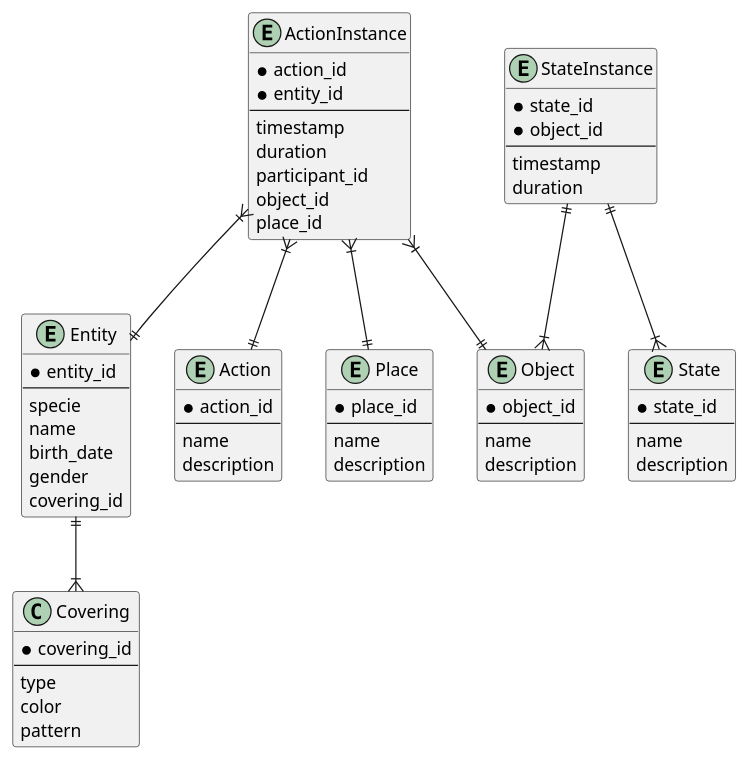
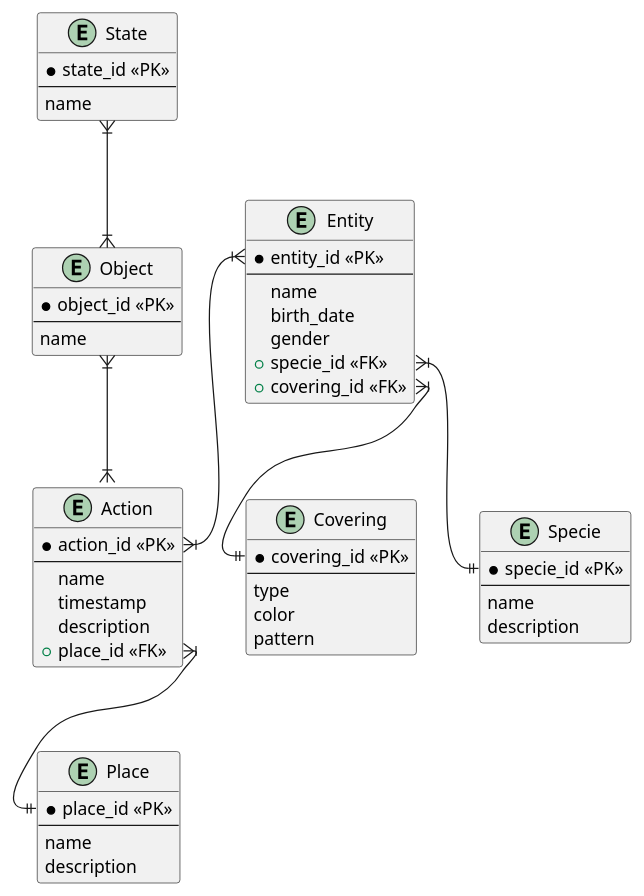
Before and after one commit to MrDvD/itmo_labs: the diagram in databases/1/er-info.puml, drawn with PlantUML. The commit also changed 3 other files, not shown here.

Commit message:
feat: done datalogical and infological diagrams

```diff
--- a/databases/1/er-info.puml
+++ b/databases/1/er-info.puml
@@ -1,78 +1,61 @@
 @startuml name
 entity Entity {
-   * entity_id
+   * entity_id «PK»
    ---
-   specie
    name
    birth_date
    gender
-   covering_id
+   + specie_id «FK»
+   + covering_id «FK»
 }
 
-class Covering {
-   * covering_id
+entity Covering {
+   * covering_id «PK»
    ---
    type
    color
    pattern
 }
 
-entity ActionInstance {
-   * action_id
-   * entity_id
-   ' тоже: что про уникальность id?
-   ---
-   timestamp
-   duration
-   participant_id
-   ' вынести в отдельную таблицу участников (но что про уникальность id?)
-   object_id
-   place_id
-}
-
 entity Action {
-   * action_id
+   * action_id «PK»
    ---
    name
+   timestamp
    description
+   + place_id «FK»
 }
 
 entity Place {
-   * place_id
+   * place_id «PK»
    ---
    name
    description
 }
 
 entity Object {
-   * object_id
+   * object_id «PK»
+   ---
+   name
+}
+
+entity State {
+   * state_id «PK»
+   ---
+   name
+}
+
+entity Specie {
+   * specie_id «PK»
    ---
    name
    description
 }
 
-entity State {
-   * state_id
-   ---
-   name
-   description
-}
-
-entity StateInstance {
-   * state_id
-   * object_id
-   ---
-   timestamp
-   duration
-}
-
-Entity ||--|{ Covering
-ActionInstance }|--|| Entity
-ActionInstance }|--|| Place
-ActionInstance }|--|| Object
-ActionInstance }|--|| Action
-StateInstance ||--|{ State
-StateInstance ||--|{ Object
-
-
+Entity::specie_id }|--|| Specie::specie_id
+Entity::covering_id }|--|| Covering::covering_id
+Entity::entity_id }|--|{ Action::action_id
+State }|--|{ Object
+Action::place_id }|--|| Place::place_id
+Object }|--|{ Action
 @enduml
```
